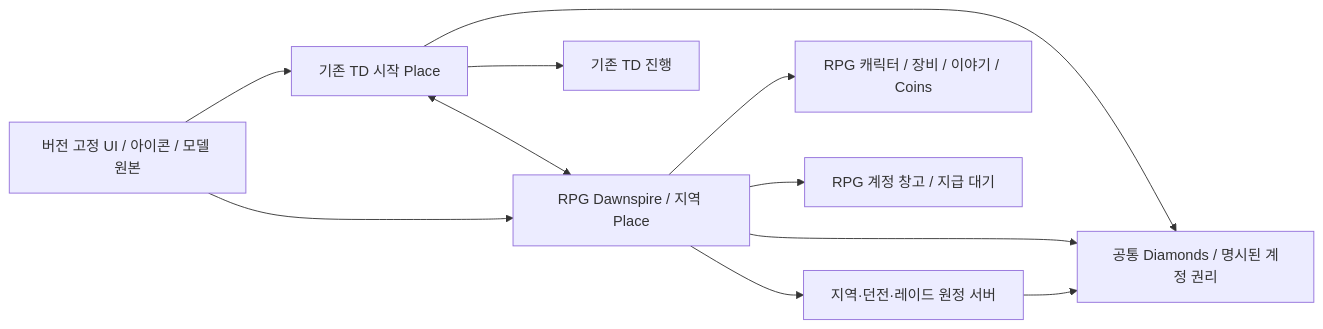
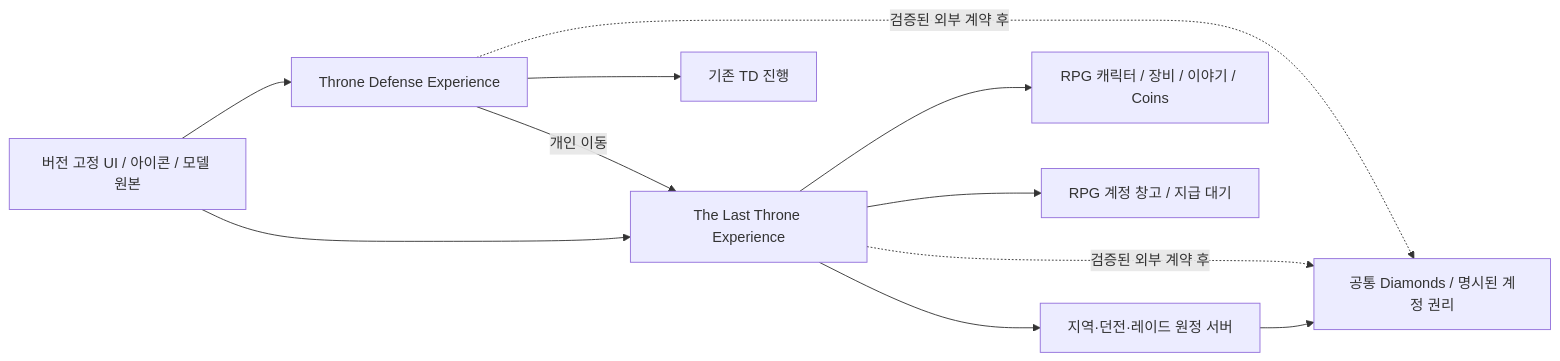
One commit to daniel410/the-last-throne changed the diagram in plan.md. Above: the diagram before and after it, drawn with Mermaid. The commit also changed other lines of this file and 22 other files, not shown here.

Commit message:
docs: separate The Last Throne experience

````diff
--- a/plan.md
+++ b/plan.md
@@ -115,13 +115,13 @@
 ```mermaid
 flowchart LR
-    TD[기존 TD 시작 Place] <--> RP[RPG Dawnspire / 지역 Place]
+    TD[Throne Defense Experience] -->|개인 이동| RP[The Last Throne Experience]
     RP --> EX[지역·던전·레이드 원정 서버]
-    TD --> CW[공통 Diamonds / 명시된 계정 권리]
-    RP --> CW
+    TD -. 검증된 외부 계약 후 .-> CW[공통 Diamonds / 명시된 계정 권리]
+    RP -. 검증된 외부 계약 후 .-> CW
     EX --> CW
     TD --> TP[기존 TD 진행]
     RP --> CP[RPG 캐릭터 / 장비 / 이야기 / Coins]
     RP --> ST[RPG 계정 창고 / 지급 대기]
     SH[버전 고정 UI / 아이콘 / 모델 원본] --> TD
     SH --> RP
 ```
````
